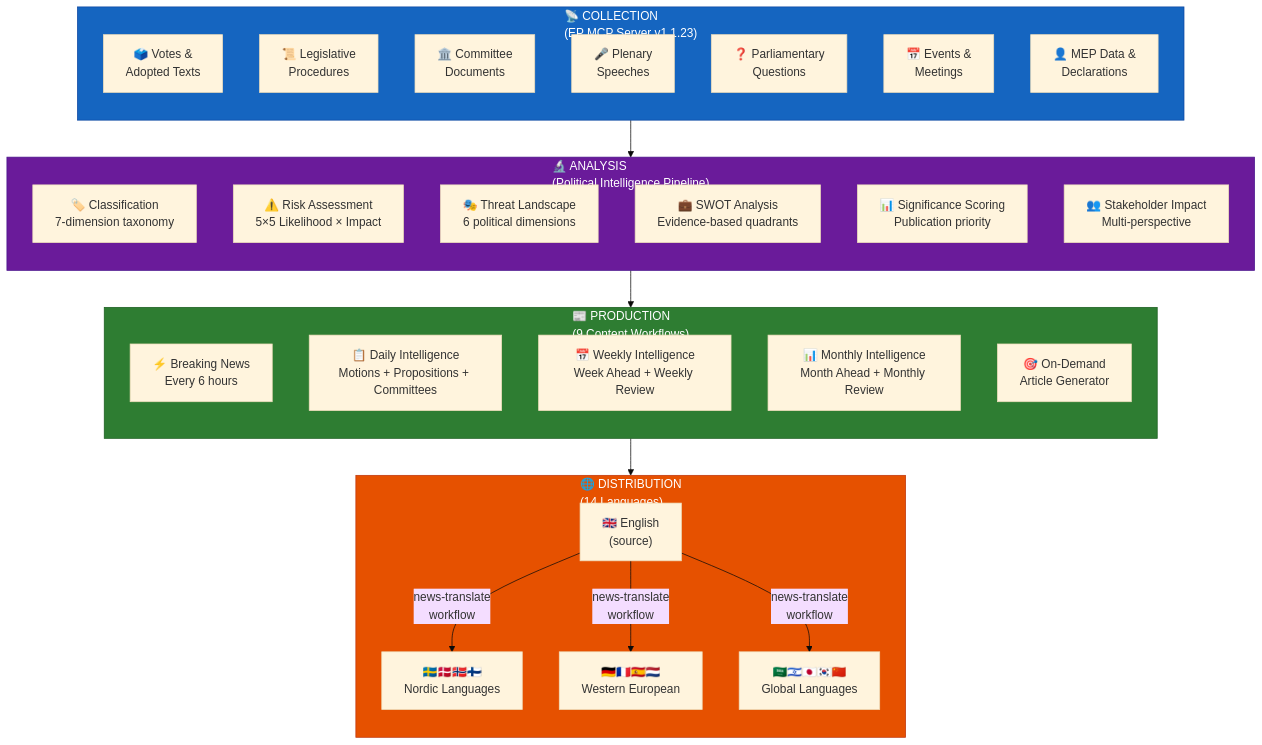
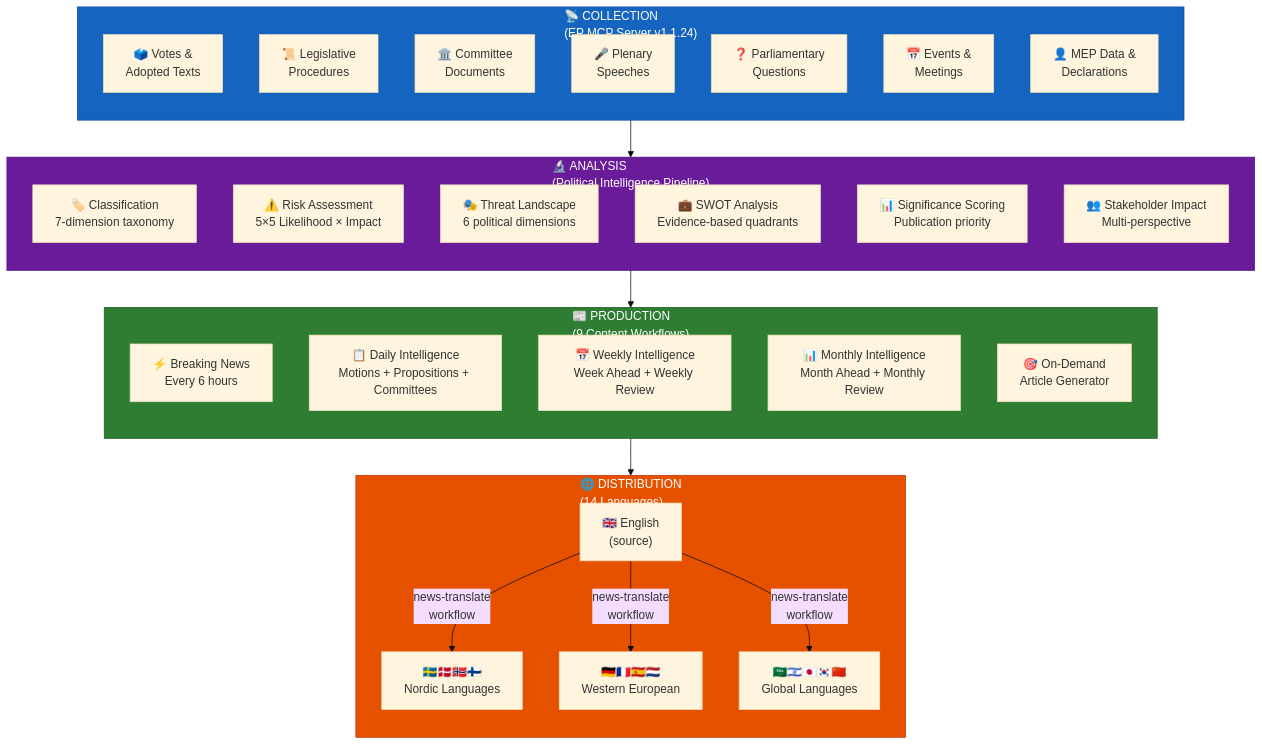
Diagram 18 of 21 in WORKFLOWS.md (Hack23/euparliamentmonitor), drawn with Mermaid (base theme) before and after one commit. The commit also changed other lines of this file and 29 other files, not shown here.

First line of the commit message:
chore: bump EP MCP server refs to 1.1.24 across workflows and docs

````diff
--- a/WORKFLOWS.md
+++ b/WORKFLOWS.md
@@ -1625,48 +1625,48 @@
 ```mermaid
 flowchart TD
-    subgraph Collection["📡 COLLECTION<br/>(EP MCP Server v1.1.23)"]
+    subgraph Collection["📡 COLLECTION<br/>(EP MCP Server v1.1.24)"]
         direction TB
         C1["🗳️ Votes &<br/>Adopted Texts"]
         C2["📜 Legislative<br/>Procedures"]
         C3["🏛️ Committee<br/>Documents"]
         C4["🎤 Plenary<br/>Speeches"]
         C5["❓ Parliamentary<br/>Questions"]
         C6["📅 Events &<br/>Meetings"]
         C7["👤 MEP Data &<br/>Declarations"]
     end
 
     subgraph Analysis["🔬 ANALYSIS<br/>(Political Intelligence Pipeline)"]
         direction TB
         A1["🏷️ Classification<br/>7-dimension taxonomy"]
         A2["⚠️ Risk Assessment<br/>5×5 Likelihood × Impact"]
         A3["🎭 Threat Landscape<br/>6 political dimensions"]
         A4["💼 SWOT Analysis<br/>Evidence-based quadrants"]
         A5["📊 Significance Scoring<br/>Publication priority"]
         A6["👥 Stakeholder Impact<br/>Multi-perspective"]
     end
 
     subgraph Production["📰 PRODUCTION<br/>(9 Content Workflows)"]
         direction TB
         P1["⚡ Breaking News<br/>Every 6 hours"]
         P2["📋 Daily Intelligence<br/>Motions + Propositions + Committees"]
         P3["📅 Weekly Intelligence<br/>Week Ahead + Weekly Review"]
         P4["📊 Monthly Intelligence<br/>Month Ahead + Monthly Review"]
         P5["🎯 On-Demand<br/>Article Generator"]
     end
 
     subgraph Distribution["🌐 DISTRIBUTION<br/>(14 Languages)"]
         direction TB
         D1["🇬🇧 English<br/>(source)"]
         D2["🇸🇪🇩🇰🇳🇴🇫🇮<br/>Nordic Languages"]
         D3["🇩🇪🇫🇷🇪🇸🇳🇱<br/>Western European"]
         D4["🇸🇦🇮🇱🇯🇵🇰🇷🇨🇳<br/>Global Languages"]
     end
 
     Collection --> Analysis --> Production --> D1
     D1 --> |"news-translate<br/>workflow"| D2 & D3 & D4
 
     style Collection fill:#1565C0,stroke:#0D47A1,color:#FFFFFF
     style Analysis fill:#6A1B9A,stroke:#4A148C,color:#FFFFFF
     style Production fill:#2E7D32,stroke:#1B5E20,color:#FFFFFF
     style Distribution fill:#E65100,stroke:#BF360C,color:#FFFFFF
 ```
````
